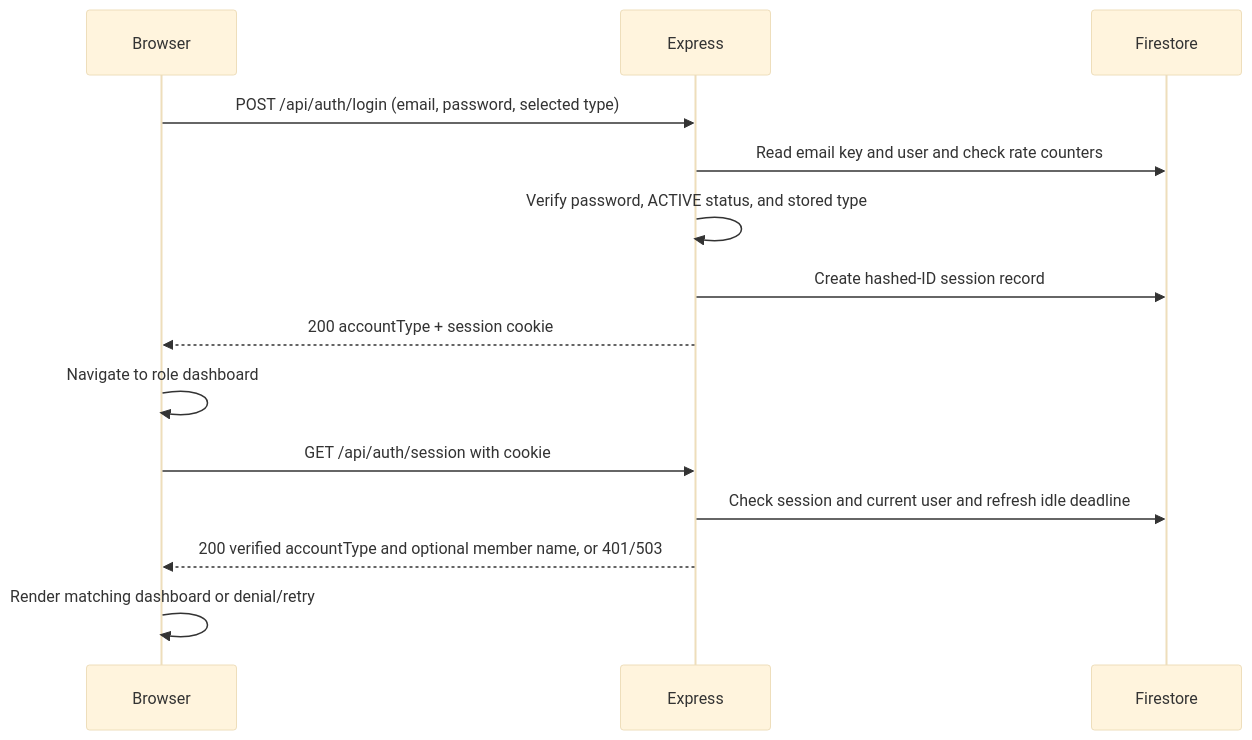
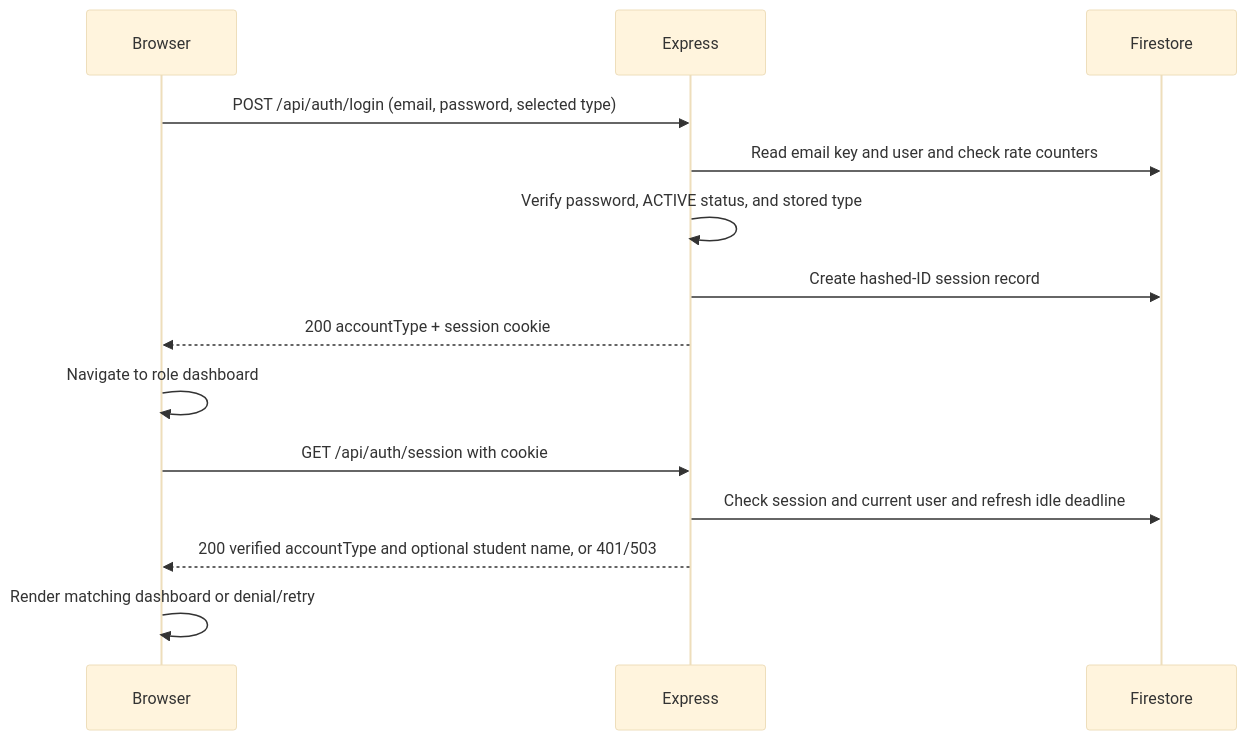
One commit to CS3227-2610-MP4-LibConnect/CS3227-2610-MP4 changed the third of 3 diagrams in docs/DeveloperGuide.md. Above: the diagram before and after it, drawn with Mermaid (base theme). The commit also changed other lines of this file and 8 other files, not shown here.

````diff
--- a/docs/DeveloperGuide.md
+++ b/docs/DeveloperGuide.md
@@ -139,16 +129,16 @@
 ```mermaid
 sequenceDiagram
     participant B as Browser
     participant E as Express
     participant F as Firestore
     B->>E: POST /api/auth/login (email, password, selected type)
     E->>F: Read email key and user and check rate counters
     E->>E: Verify password, ACTIVE status, and stored type
     E->>F: Create hashed-ID session record
     E-->>B: 200 accountType + session cookie
     B->>B: Navigate to role dashboard
     B->>E: GET /api/auth/session with cookie
     E->>F: Check session and current user and refresh idle deadline
-    E-->>B: 200 verified accountType and optional member name, or 401/503
+    E-->>B: 200 verified accountType and optional student name, or 401/503
     B->>B: Render matching dashboard or denial/retry
 ```
````
